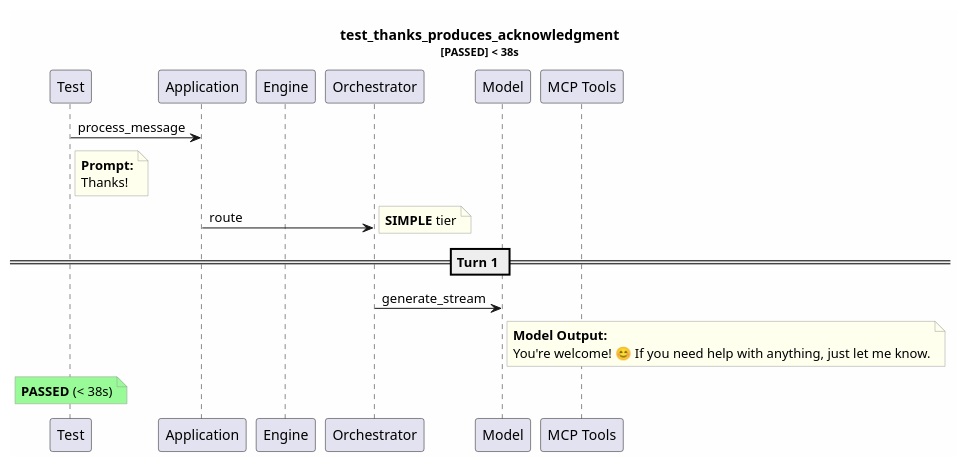
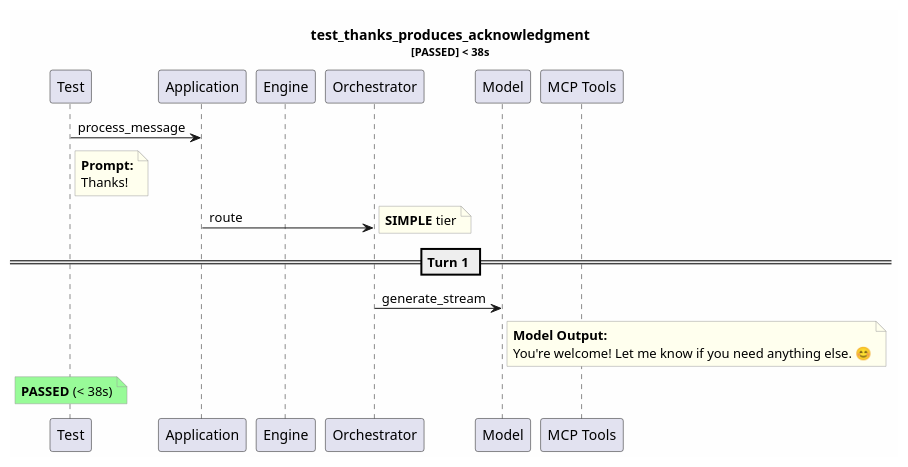
Before and after one commit to tvanfossen/entropic: the diagram in test-reports/logs/test_thanks_produces_acknowledgment/test_thanks_produces_acknowledgment.puml, drawn with PlantUML. The commit also changed 32 other files, not shown here.

```diff
--- a/test-reports/logs/test_thanks_produces_acknowledgment/test_thanks_produces_acknowledgment.puml
+++ b/test-reports/logs/test_thanks_produces_acknowledgment/test_thanks_produces_acknowledgment.puml
@@ -1,31 +1,31 @@
 @startuml
 skinparam backgroundColor #FEFEFE
 skinparam noteBorderColor #999999
 skinparam noteBackgroundColor #FFFFEE
 title test_thanks_produces_acknowledgment\n<size:11>[PASSED] < 38s</size>
 
 participant "Test" as T
 participant "Application" as App
 participant "Engine" as Eng
 participant "Orchestrator" as Orch
 participant "Model" as Mdl
 participant "MCP Tools" as MCP
 
 T -> App: process_message
 note right of T
   **Prompt:**
   Thanks!
 end note
 App -> Orch: route
 note right: **SIMPLE** tier
 == Turn 1 ==
 Orch -> Mdl: generate_stream
 note right of Mdl
   **Model Output:**
-  You're welcome! 😊 If you need help with anything, just let me know.
+  You're welcome! Let me know if you need anything else. 😊
 end note
 note over T #palegreen
   **PASSED** (< 38s)
 end note
 
 @enduml
```
